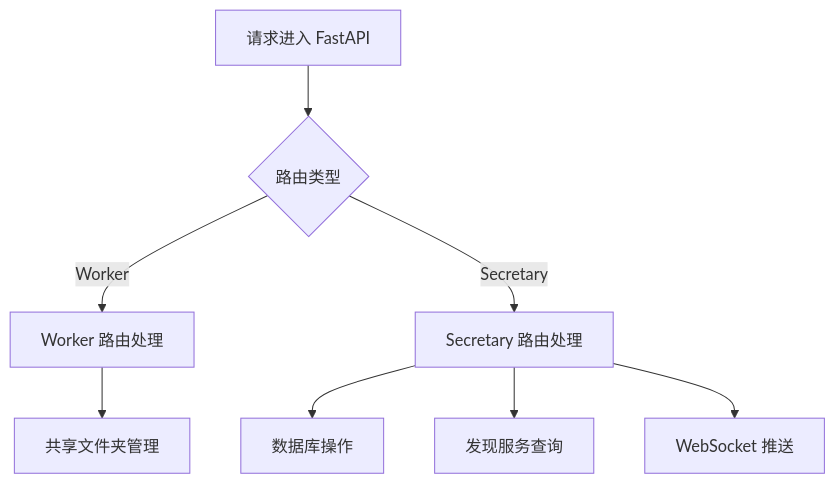
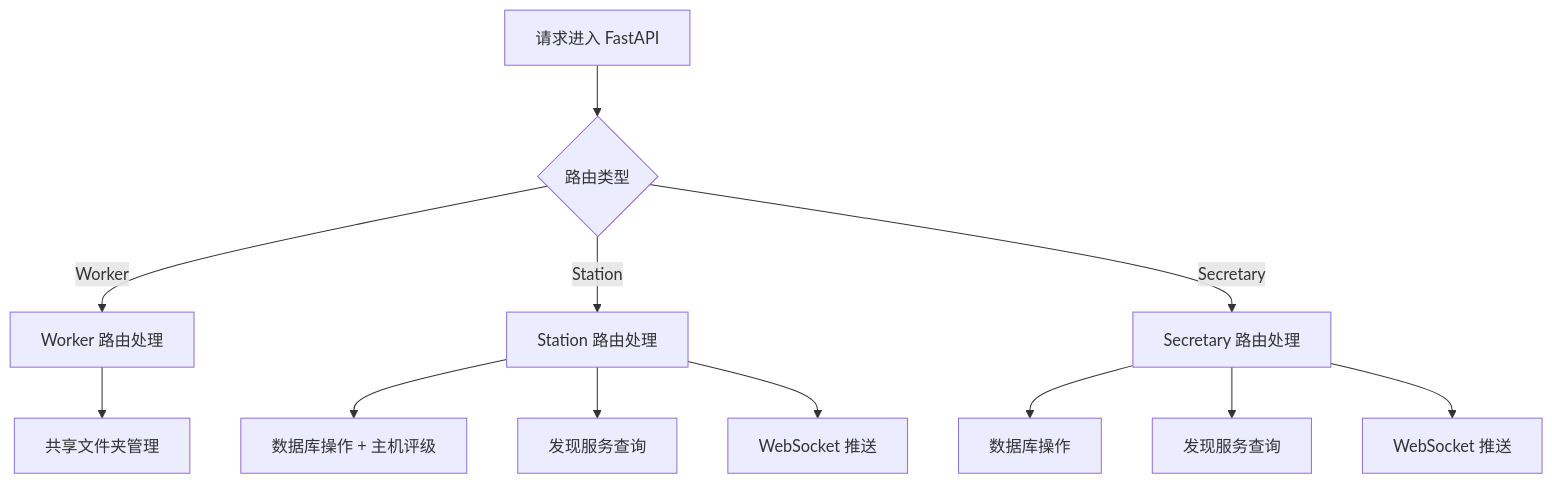
The sixth of 9 diagrams in .qoder/repowiki/zh/content/部署指南/部署指南.md (targalian/Personal-distributed-workstation), drawn with Mermaid before and after one commit. The commit also changed other lines of this file and 69 other files, not shown here.

````diff
--- a/.qoder/repowiki/zh/content/部署指南/部署指南.md
+++ b/.qoder/repowiki/zh/content/部署指南/部署指南.md
@@ -241,10 +327,14 @@
 ```mermaid
 flowchart TD
 A["请求进入 FastAPI"] --> B{"路由类型"}
 B --> |Worker| C["Worker 路由处理"]
-B --> |Secretary| D["Secretary 路由处理"]
-C --> E["共享文件夹管理"]
-D --> F["数据库操作"]
-D --> G["发现服务查询"]
-D --> H["WebSocket 推送"]
+B --> |Station| D["Station 路由处理"]
+B --> |Secretary| E["Secretary 路由处理"]
+C --> F["共享文件夹管理"]
+D --> G["数据库操作 + 主机评级"]
+D --> H["发现服务查询"]
+D --> I["WebSocket 推送"]
+E --> J["数据库操作"]
+E --> K["发现服务查询"]
+E --> L["WebSocket 推送"]
 ```
````
